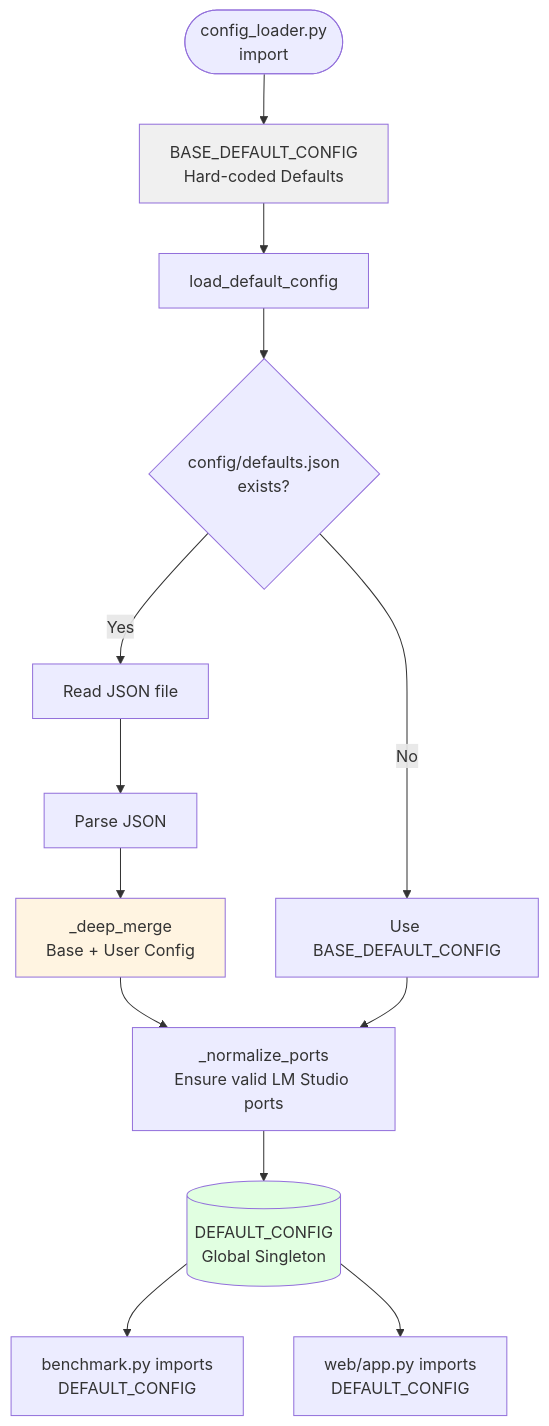
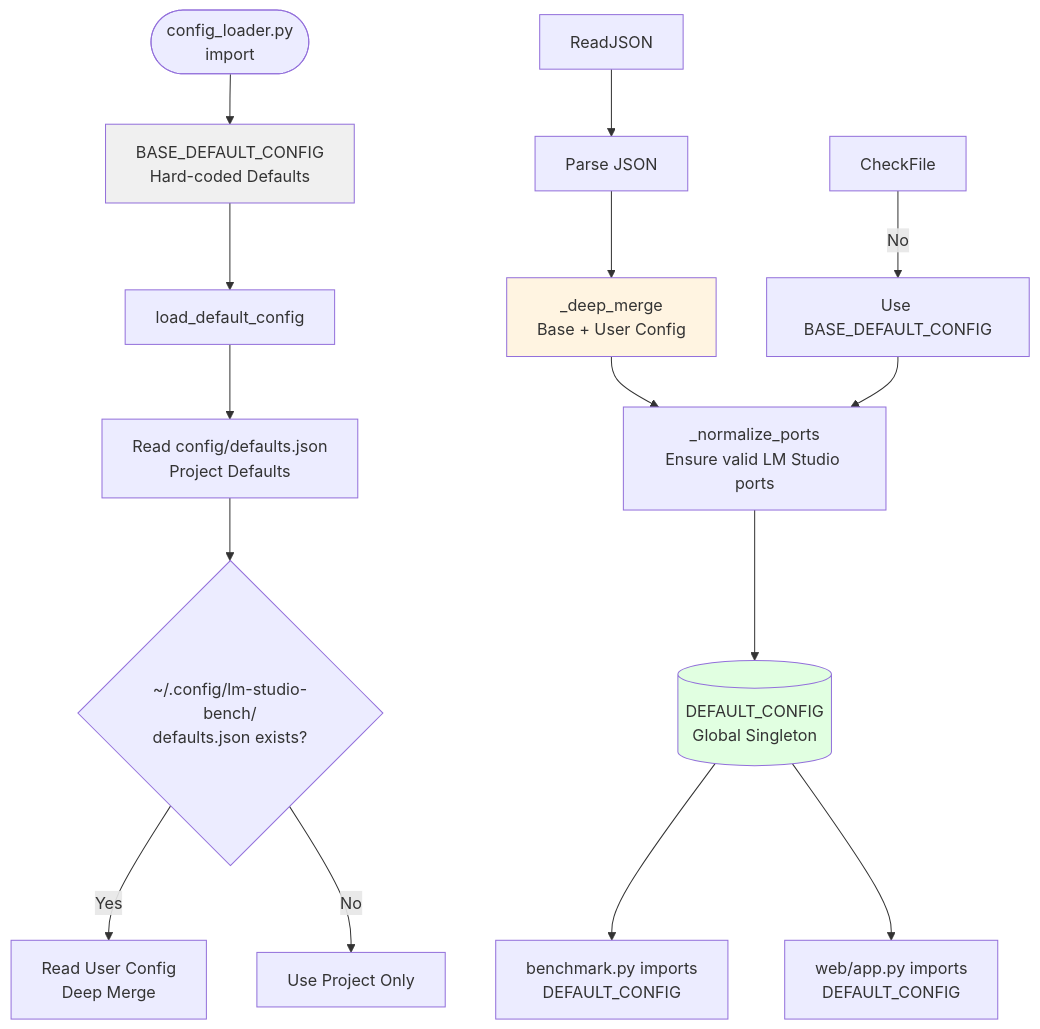
One commit to Ajimaru/LM-Studio-Bench changed the sixth of 10 diagrams in docs/ARCHITECTURE.md. Above: the diagram before and after it, drawn with Mermaid. The commit also changed other lines of this file and 7 other files, not shown here.

````diff
--- a/docs/ARCHITECTURE.md
+++ b/docs/ARCHITECTURE.md
@@ -293,25 +295,28 @@
 ```mermaid
 flowchart TD
     Start([config_loader.py<br/>import]) --> BaseConfig[BASE_DEFAULT_CONFIG<br/>Hard-coded Defaults]
 
     BaseConfig --> LoadFunc[load_default_config]
-    LoadFunc --> CheckFile{config/defaults.json<br/>exists?}
+    LoadFunc --> ReadProject[Read config/defaults.json<br/>Project Defaults]
     
-    CheckFile -->|Yes| ReadJSON[Read JSON file]
+    ReadProject --> CheckUser{~/.config/lm-studio-bench/<br/>defaults.json exists?}
+    
+    CheckUser -->|Yes| ReadUser[Read User Config<br/>Deep Merge]
+    CheckUser -->|No| UseProject[Use Project Only]
     CheckFile -->|No| UseBase[Use BASE_DEFAULT_CONFIG]
     
     ReadJSON --> ParseJSON[Parse JSON]
     ParseJSON --> DeepMerge[_deep_merge<br/>Base + User Config]
     
     DeepMerge --> NormalizePorts[_normalize_ports<br/>Ensure valid LM Studio ports]
     UseBase --> NormalizePorts
     
     NormalizePorts --> FinalConfig[(DEFAULT_CONFIG<br/>Global Singleton)]
     
     FinalConfig --> BenchmarkImport[benchmark.py imports<br/>DEFAULT_CONFIG]
     FinalConfig --> WebAppImport[web/app.py imports<br/>DEFAULT_CONFIG]
     
     style BaseConfig fill:#f0f0f0
     style FinalConfig fill:#e1ffe1
     style DeepMerge fill:#fff4e1
 ```
````
